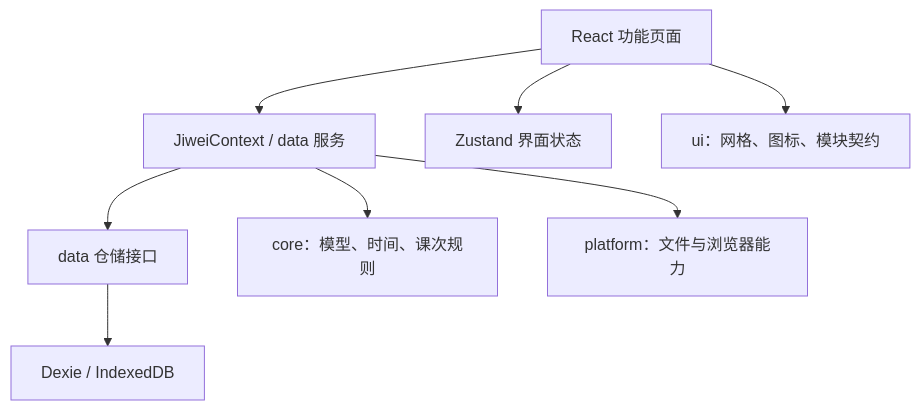
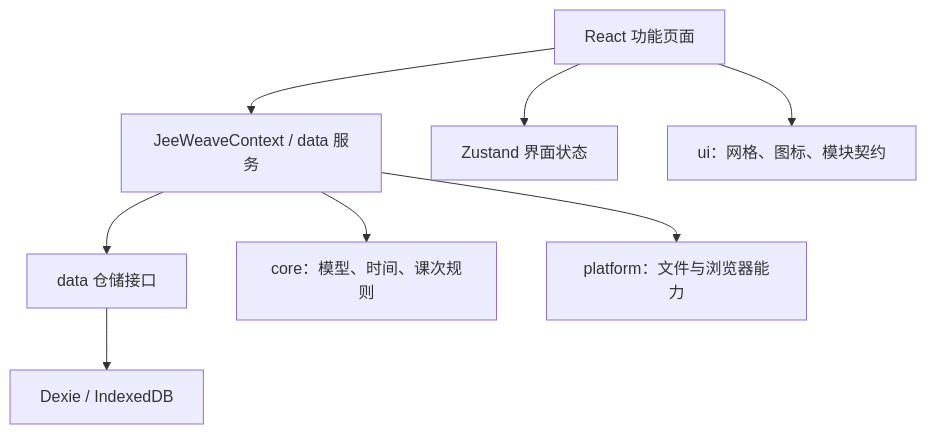
One commit to ArrSk/JeeWeave changed the diagram in web/README.md. Above: the diagram before and after it, drawn with Mermaid. The commit also changed other lines of this file and 171 other files, not shown here.

Commit message:
release: ship JeeWeave 0.2.1 desktop and document plugin roadmap

````diff
--- a/web/README.md
+++ b/web/README.md
@@ -36,9 +36,9 @@
 ```mermaid
 flowchart TB
-  View["React 功能页面"] --> Context["JiweiContext / data 服务"]
+  View["React 功能页面"] --> Context["JeeWeaveContext / data 服务"]
   View --> State["Zustand 界面状态"]
   Context --> Repo["data 仓储接口"] --> Dexie["Dexie / IndexedDB"]
   Context --> Core["core：模型、时间、课次规则"]
   View --> UI["ui：网格、图标、模块契约"]
   Context --> Platform["platform：文件与浏览器能力"]
 ```
````
